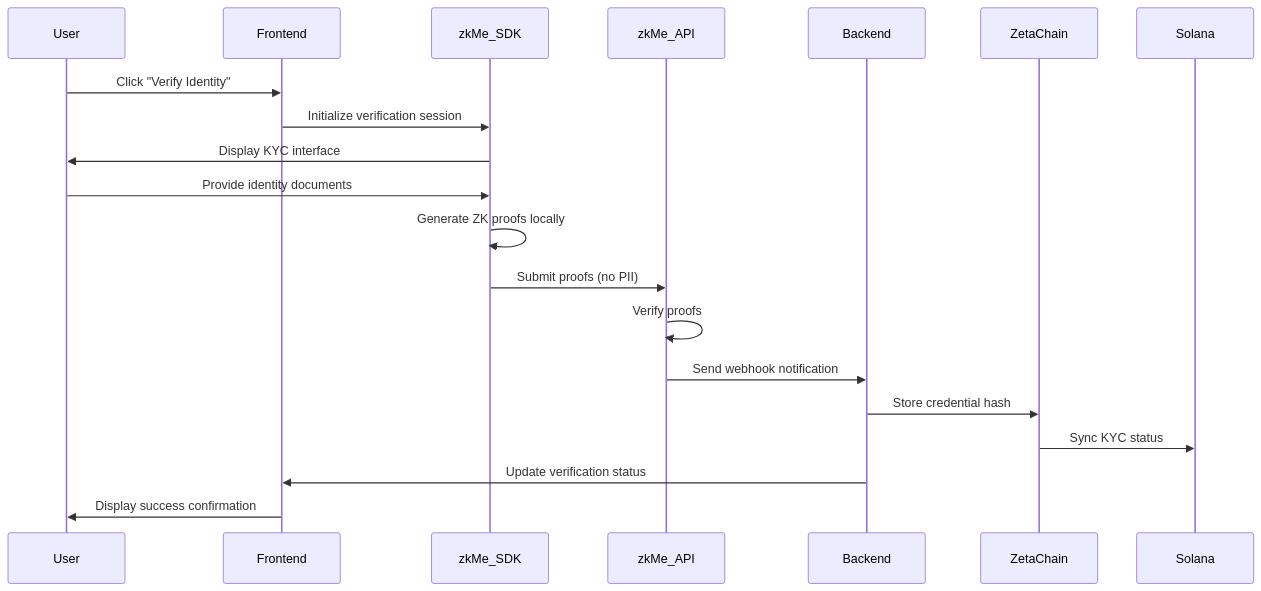
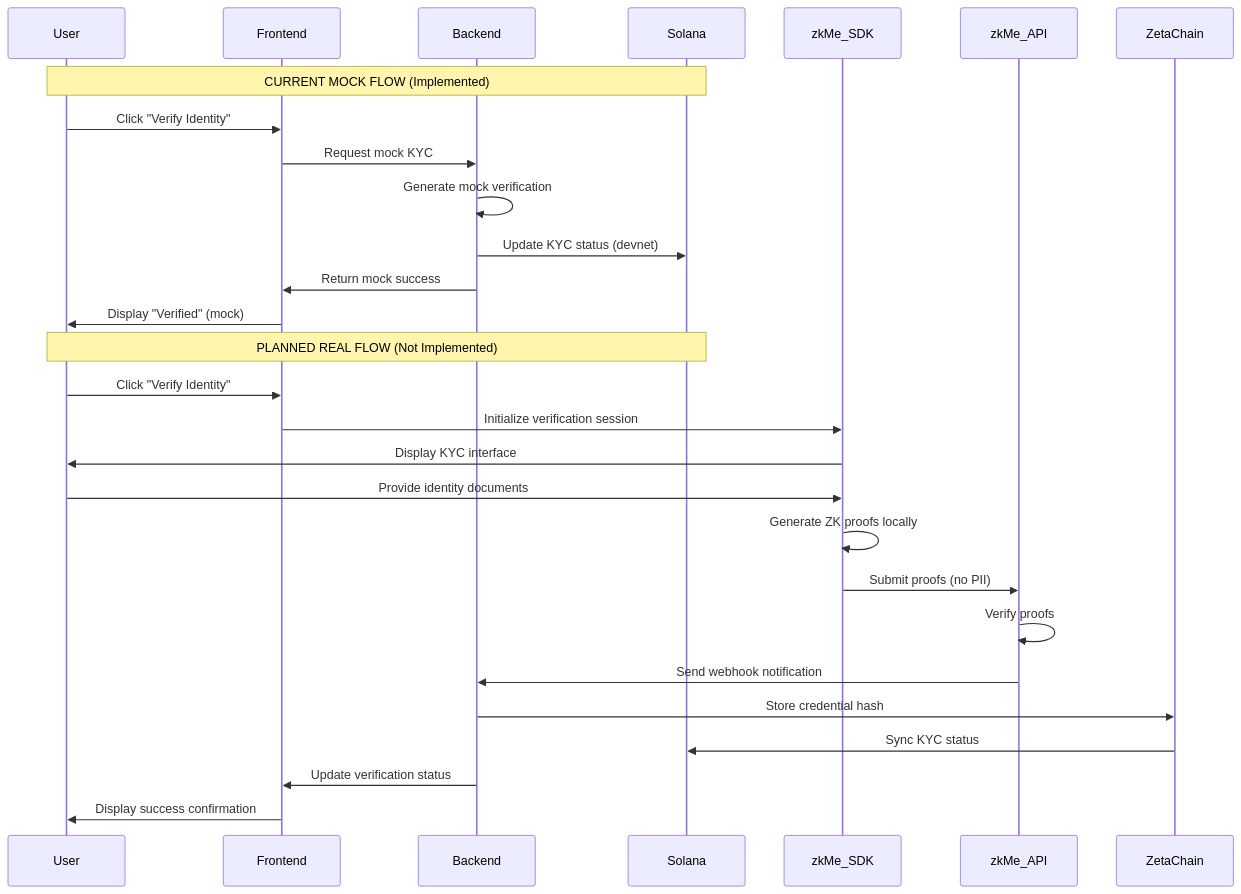
Before and after one commit to De-real-iManuel/aetherlock-docs: the diagram in design/zkme-integration.mdx, drawn with Mermaid. The commit also changed other lines of this file and 144 other files, not shown here.

````diff
--- a/design/zkme-integration.mdx
+++ b/design/zkme-integration.mdx
@@ -13,23 +24,29 @@
 ```mermaid
 sequenceDiagram
     participant User
     participant Frontend
-    participant zkMe_SDK
-    participant zkMe_API
     participant Backend
-    participant ZetaChain
     participant Solana
 
+    Note over User,Solana: CURRENT MOCK FLOW (Implemented)
+    User->>Frontend: Click "Verify Identity"
+    Frontend->>Backend: Request mock KYC
+    Backend->>Backend: Generate mock verification
+    Backend->>Solana: Update KYC status (devnet)
+    Backend->>Frontend: Return mock success
+    Frontend->>User: Display "Verified" (mock)
+    
+    Note over User,Solana: PLANNED REAL FLOW (Not Implemented)
     User->>Frontend: Click "Verify Identity"
     Frontend->>zkMe_SDK: Initialize verification session
     zkMe_SDK->>User: Display KYC interface
     User->>zkMe_SDK: Provide identity documents
     zkMe_SDK->>zkMe_SDK: Generate ZK proofs locally
     zkMe_SDK->>zkMe_API: Submit proofs (no PII)
     zkMe_API->>zkMe_API: Verify proofs
     zkMe_API->>Backend: Send webhook notification
     Backend->>ZetaChain: Store credential hash
     ZetaChain->>Solana: Sync KYC status
     Backend->>Frontend: Update verification status
     Frontend->>User: Display success confirmation
 ```
````
